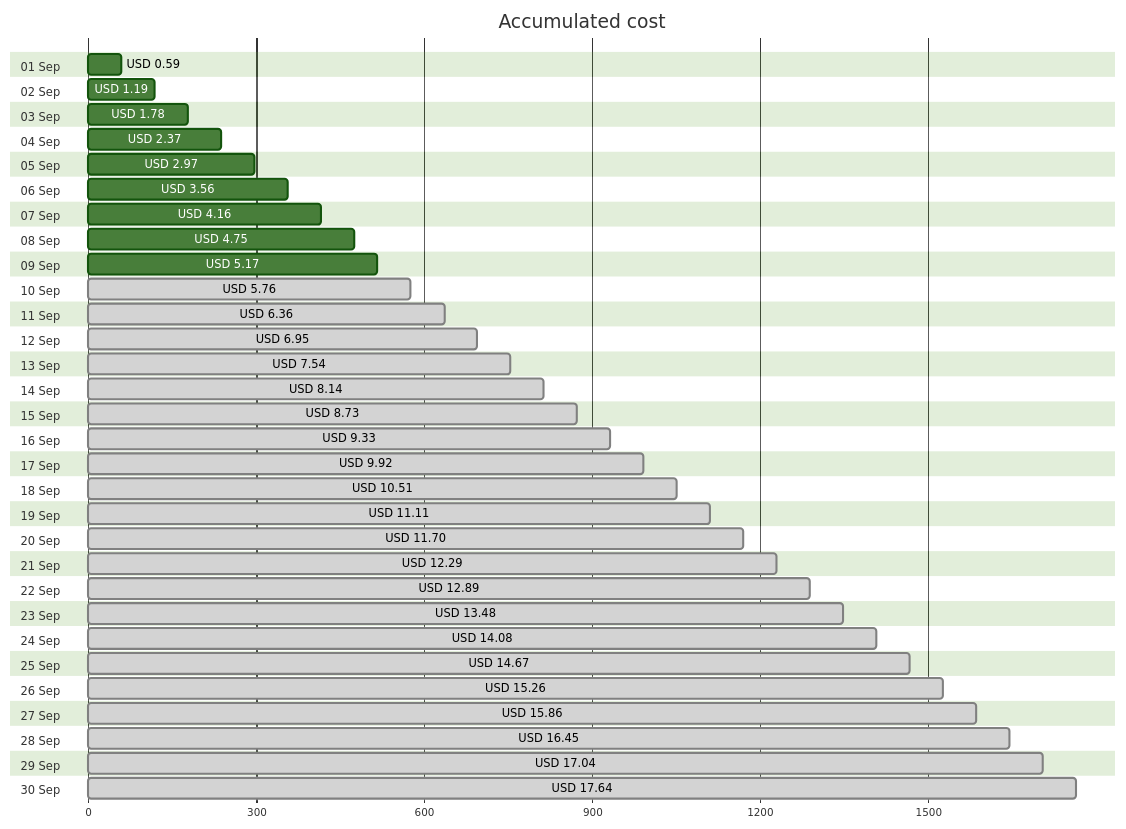
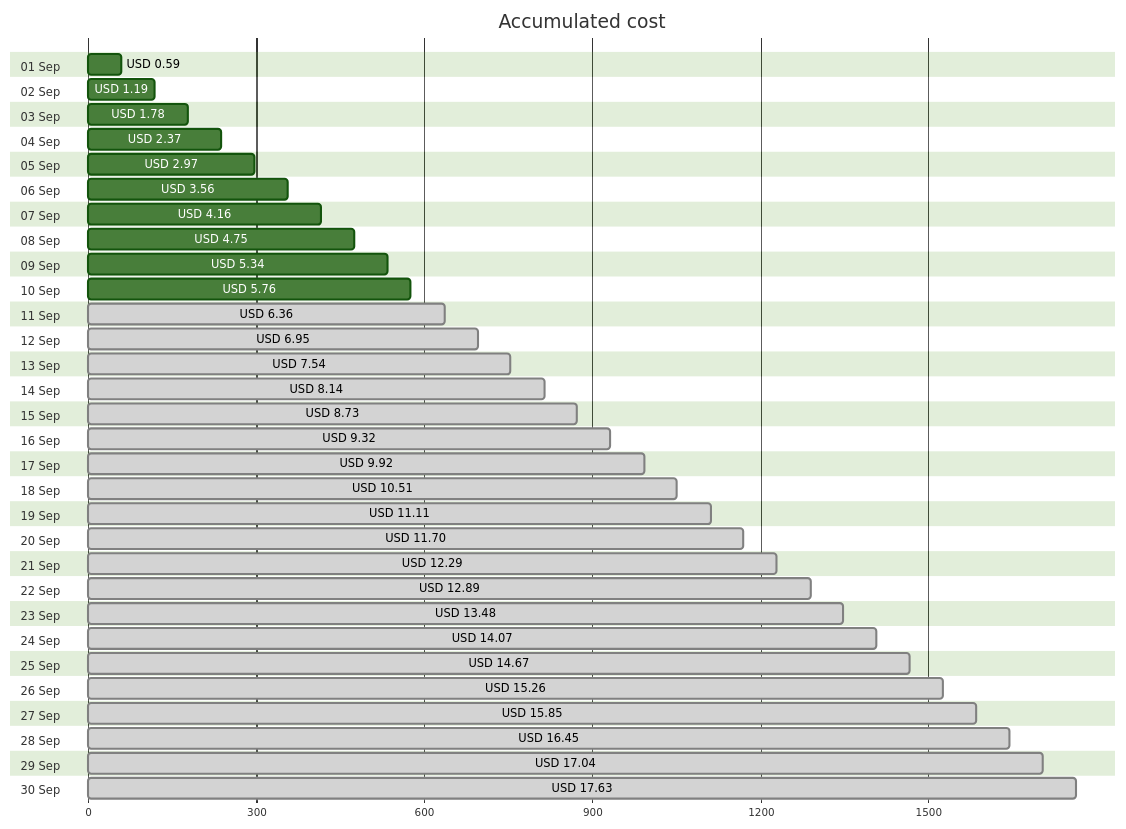
Before and after one commit to jpfulton/azure-personal-reports: the first of 4 diagrams in cost-reports/personal-site/README.md, drawn with Mermaid (forest theme). The commit also changed other lines of this file and 6 other files, not shown here.

````diff
--- a/cost-reports/personal-site/README.md
+++ b/cost-reports/personal-site/README.md
@@ -20,66 +20,66 @@
 ```mermaid
 gantt
    title Accumulated cost
    dateFormat  X
    axisFormat %s
    section 01 Sep
    USD 0.59 :0, 59
    section 02 Sep
    USD 1.19 :0, 119
    section 03 Sep
    USD 1.78 :0, 178
    section 04 Sep
    USD 2.37 :0, 237
    section 05 Sep
    USD 2.97 :0, 297
    section 06 Sep
    USD 3.56 :0, 356
    section 07 Sep
    USD 4.16 :0, 416
    section 08 Sep
    USD 4.75 :0, 475
    section 09 Sep
-   USD 5.17 :0, 517
+   USD 5.34 :0, 534
    section 10 Sep
-   USD 5.76 : done, 0, 576
+   USD 5.76 :0, 576
    section 11 Sep
    USD 6.36 : done, 0, 636
    section 12 Sep
    USD 6.95 : done, 0, 695
    section 13 Sep
    USD 7.54 : done, 0, 754
    section 14 Sep
    USD 8.14 : done, 0, 814
    section 15 Sep
    USD 8.73 : done, 0, 873
    section 16 Sep
-   USD 9.33 : done, 0, 933
+   USD 9.32 : done, 0, 932
    section 17 Sep
    USD 9.92 : done, 0, 992
    section 18 Sep
    USD 10.51 : done, 0, 1051
    section 19 Sep
    USD 11.11 : done, 0, 1111
    section 20 Sep
    USD 11.70 : done, 0, 1170
    section 21 Sep
    USD 12.29 : done, 0, 1229
    section 22 Sep
    USD 12.89 : done, 0, 1289
    section 23 Sep
    USD 13.48 : done, 0, 1348
    section 24 Sep
-   USD 14.08 : done, 0, 1408
+   USD 14.07 : done, 0, 1407
    section 25 Sep
    USD 14.67 : done, 0, 1467
    section 26 Sep
    USD 15.26 : done, 0, 1526
    section 27 Sep
-   USD 15.86 : done, 0, 1586
+   USD 15.85 : done, 0, 1585
    section 28 Sep
    USD 16.45 : done, 0, 1645
    section 29 Sep
    USD 17.04 : done, 0, 1704
    section 30 Sep
-   USD 17.64 : done, 0, 1764
+   USD 17.63 : done, 0, 1763
 ```
````
